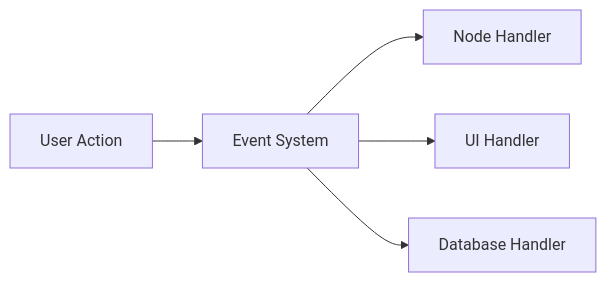
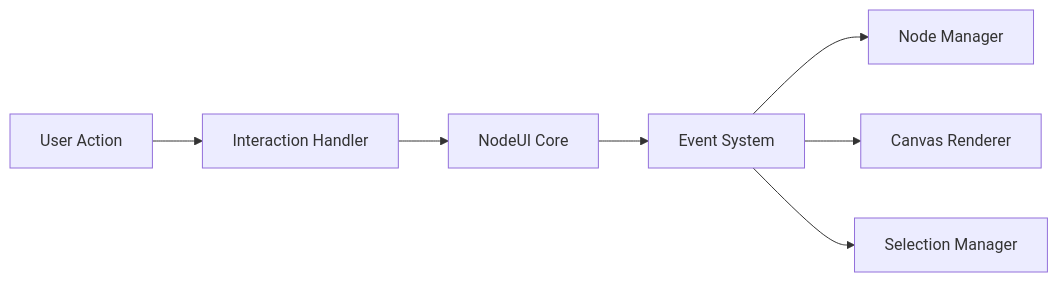
One commit to DangerDrome/NodeUI changed the fourth of 4 diagrams in memory-bank/systemPatterns.md. Above: the diagram before and after it, drawn with Mermaid. The commit also changed other lines of this file and 15 other files, not shown here.

````diff
--- a/memory-bank/systemPatterns.md
+++ b/memory-bank/systemPatterns.md
@@ -84,7 +133,9 @@
 ```mermaid
 flowchart LR
-    UI[User Action] --> EventSystem[Event System]
-    EventSystem --> NodeHandler[Node Handler]
-    EventSystem --> UIHandler[UI Handler]
-    EventSystem --> DBHandler[Database Handler]
+    UI[User Action] --> InteractionHandler[Interaction Handler]
+    InteractionHandler --> NodeUI[NodeUI Core]
+    NodeUI --> EventSystem[Event System]
+    EventSystem --> NodeManager[Node Manager]
+    EventSystem --> CanvasRenderer[Canvas Renderer]
+    EventSystem --> SelectionManager[Selection Manager]
 ```
````
